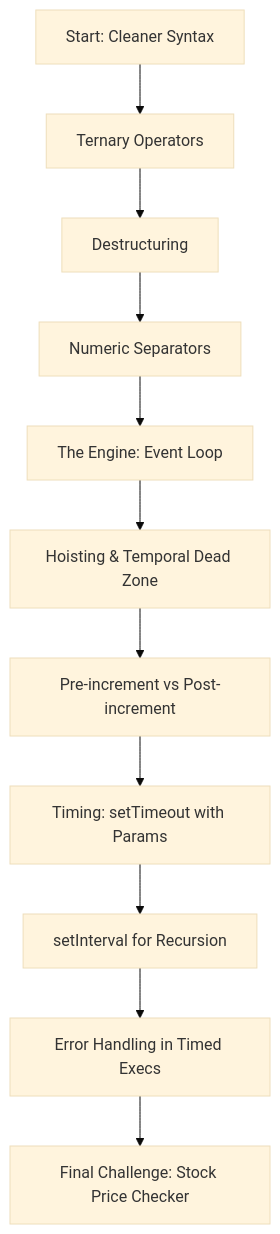
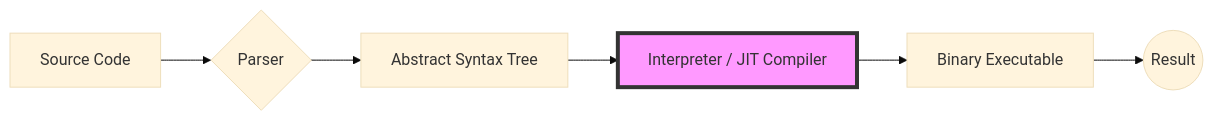
The first of 2 diagrams in courses/advanced-javascript/advanced-foundations/introduction.mdx (codeharborhub/codeharborhub.github.io), drawn with Mermaid (base theme) before and after one commit. The commit also changed other lines of this file and 10 other files, not shown here.

````diff
--- a/courses/advanced-javascript/advanced-foundations/introduction.mdx
+++ b/courses/advanced-javascript/advanced-foundations/introduction.mdx
@@ -19,16 +25,10 @@
 ```mermaid
-flowchart TD
-    A[Start: Cleaner Syntax] --> B[Ternary Operators]
-    B --> C[Destructuring]
-    C --> D[Numeric Separators]
-    D --> E[The Engine: Event Loop]
-    E --> F[Hoisting & Temporal Dead Zone]
-    F --> G[Pre-increment vs Post-increment]
-    G --> H[Timing: setTimeout with Params]
-    H --> I[setInterval for Recursion]
-    I --> J[Error Handling in Timed Execs]
-    J --> K[Final Challenge: Stock Price Checker]
-
-
+graph LR
+    A[Source Code] --> B{Parser}
+    B --> C[Abstract Syntax Tree]
+    C --> D[Interpreter / JIT Compiler]
+    D --> E[Binary Executable]
+    E --> F((Result))
+    style D fill:#f9f,stroke:#333,stroke-width:4px,color:#333
 
 ```
````
